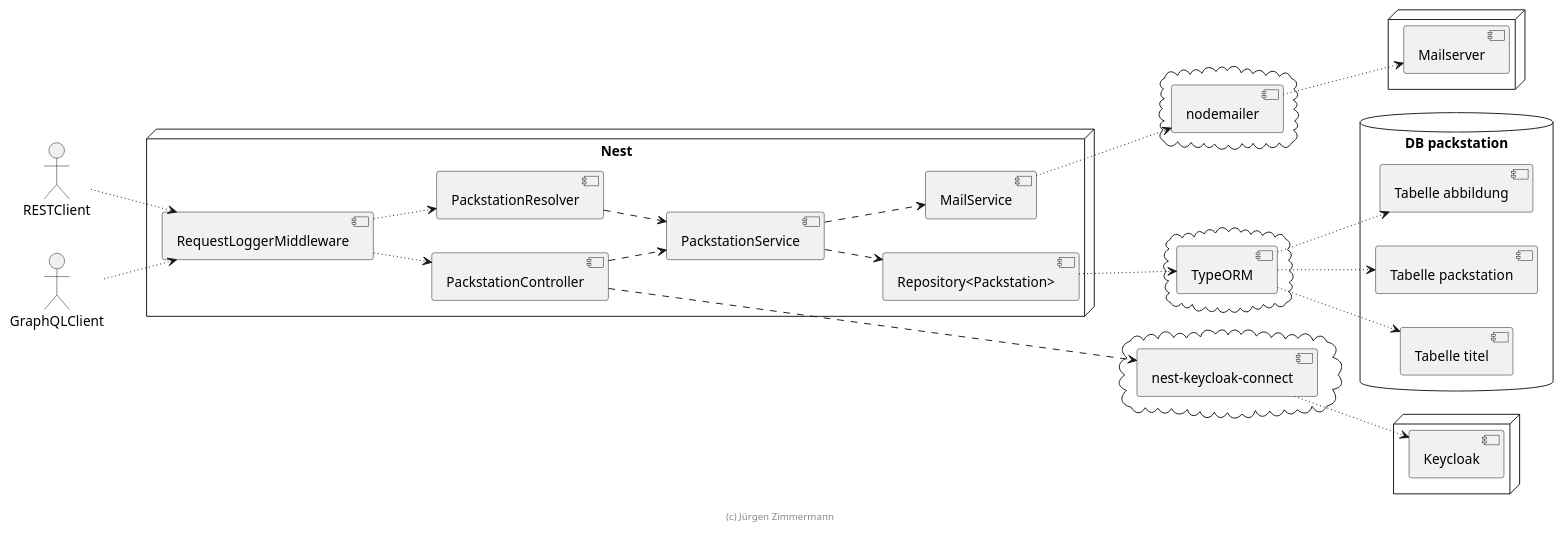
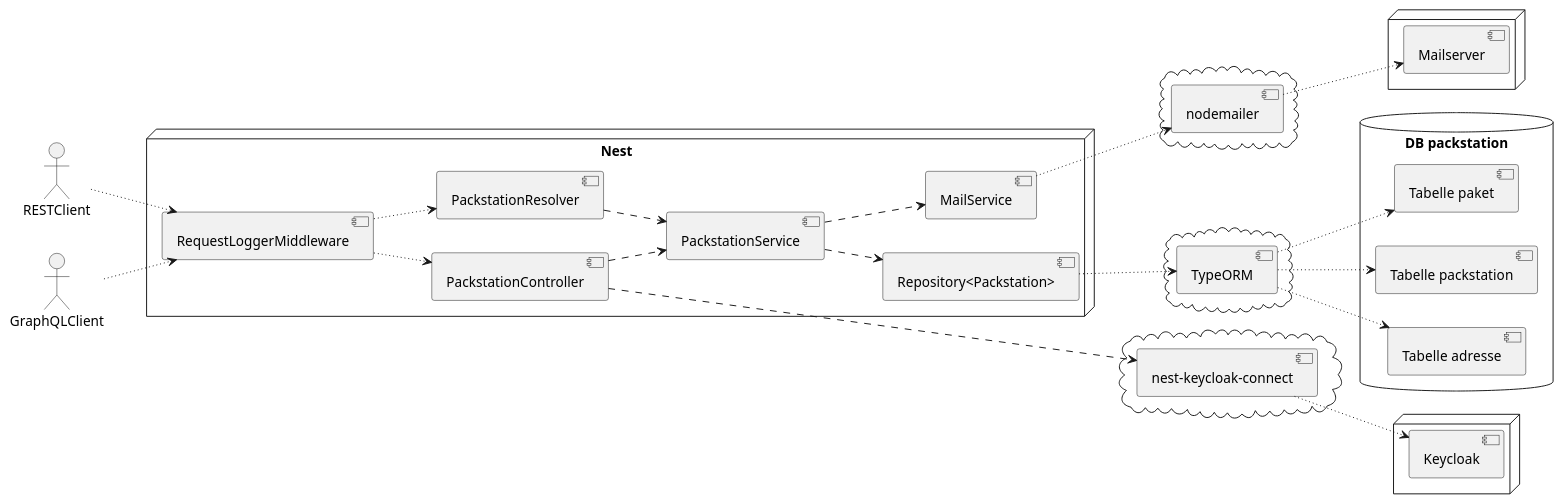
The diagram in .extras/doc/projekthandbuch/komponenten.plantuml (marius-a-mueller/kunstwerk), drawn with PlantUML before and after one commit. The commit also changed other lines of this file, not shown here.

Commit message:
adresse und paket entity hinzugefügt

```diff
--- a/.extras/doc/projekthandbuch/komponenten.plantuml
+++ b/.extras/doc/projekthandbuch/komponenten.plantuml
@@ -18,74 +3,72 @@
 @startuml Komponenten
 
 left to right direction
 
 actor RESTClient
 actor GraphQLClient
 
 node "Nest" {
   [RequestLoggerMiddleware]
 
   [PackstationController]
   [PackstationResolver]
 
   [PackstationService]
 
   [Repository<Packstation>]
 
   [MailService]
 }
 
 
 cloud {
     [TypeORM]
 }
 
 cloud {
     [nest-keycloak-connect]
 }
 
 cloud {
     [nodemailer]
 }
 
 database "DB packstation" {
     [Tabelle packstation]
-    [Tabelle titel]
-    [Tabelle abbildung]
+    [Tabelle adresse]
+    [Tabelle paket]
 }
 
 node {
     [Keycloak]
 }
 
 node {
     [Mailserver]
 }
 
 RESTClient ~~> [RequestLoggerMiddleware]
 GraphQLClient ~~> [RequestLoggerMiddleware]
 
 [RequestLoggerMiddleware] ~~> [PackstationController]
 [RequestLoggerMiddleware] ~~> [PackstationResolver]
 
 [PackstationController] ..> [PackstationService]
 [PackstationResolver] ..> [PackstationService]
 [PackstationService] ..> [Repository<Packstation>]
 
 [Repository<Packstation>] ~~> [TypeORM]
 [TypeORM] ~~> [Tabelle packstation]
-[TypeORM] ~~> [Tabelle titel]
-[TypeORM] ~~> [Tabelle abbildung]
+[TypeORM] ~~> [Tabelle adresse]
+[TypeORM] ~~> [Tabelle paket]
 
 [PackstationController] ..> [nest-keycloak-connect]
 [nest-keycloak-connect] ~~> [Keycloak]
 
 [PackstationService] ..> [MailService]
 [MailService] ~~> [nodemailer]
 [nodemailer] ~~> [Mailserver]
 
 [MailService] ~[hidden]~> [nest-keycloak-connect]
 
-footer (c) Jürgen Zimmermann
-
 @enduml
```
